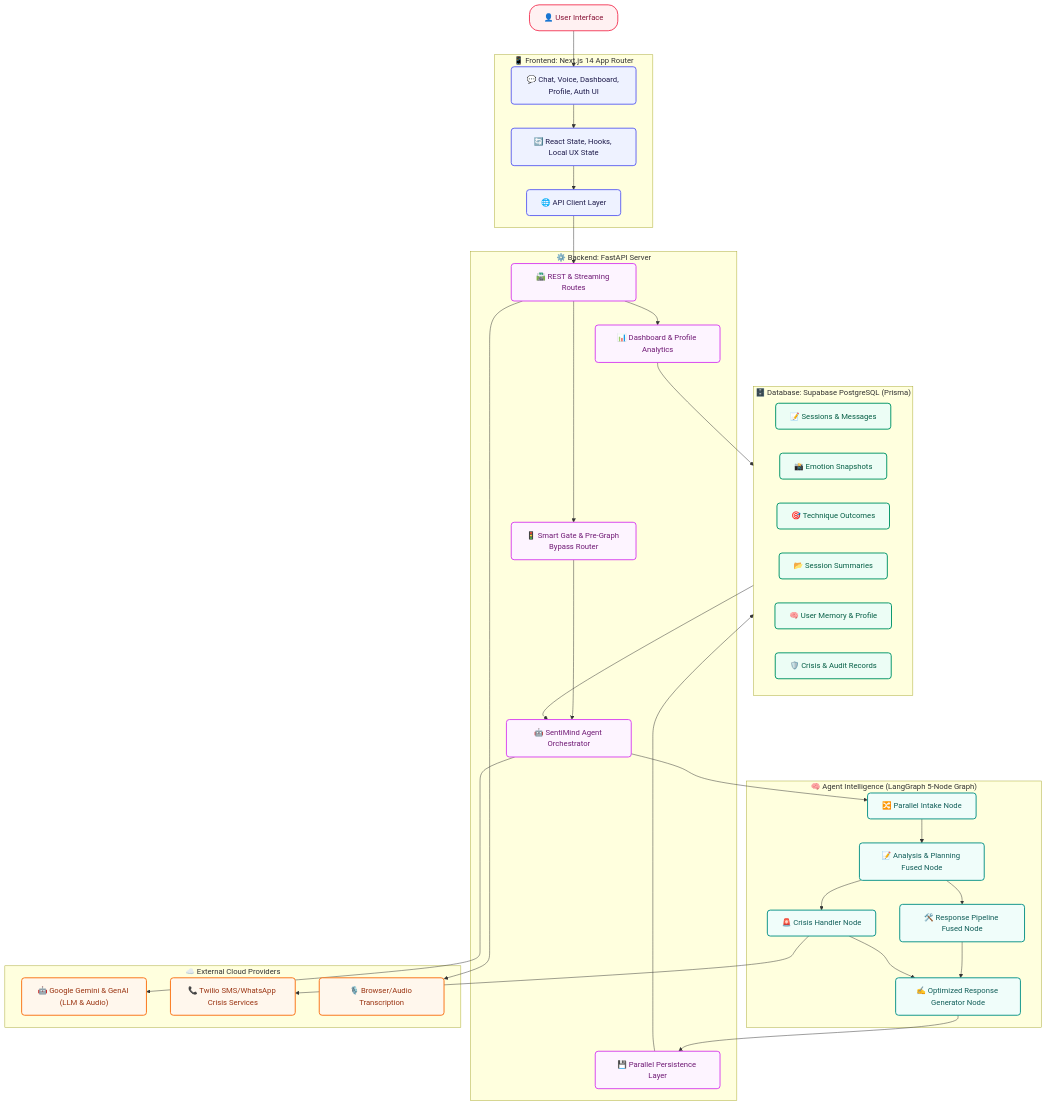
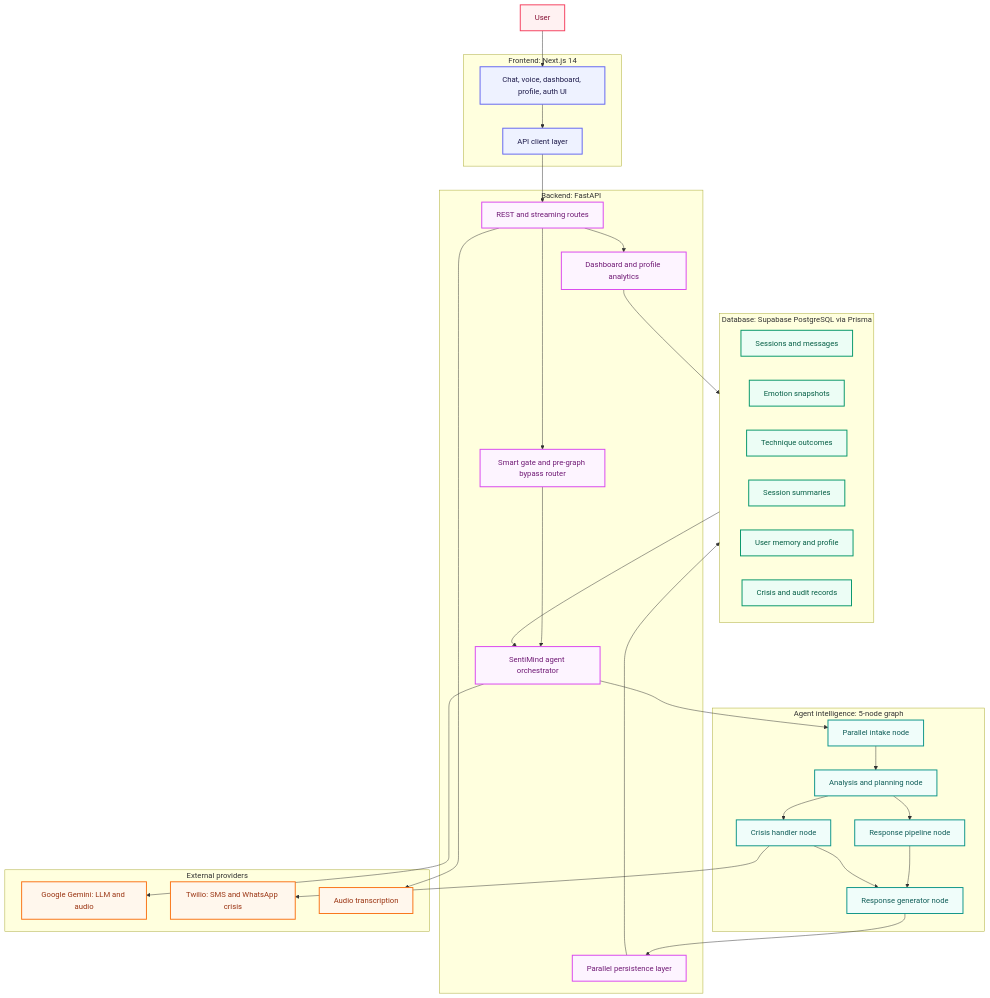
One commit to taha-mehmood-03/Personlaized-Trainer-Using-Agentic-AI changed the first of 20 diagrams in README.md. Above: the diagram before and after it, drawn with Mermaid. The commit also changed other lines of this file, not shown here.

````diff
--- a/README.md
+++ b/README.md
@@ -72,70 +113,61 @@
 ```mermaid
 flowchart TB
-    %% Class Definitions
-    classDef client fill:#EEF2FF,stroke:#6366F1,stroke-width:2px,color:#1E1B4B,rx:6px,ry:6px;
-    classDef backend fill:#FDF4FF,stroke:#D946EF,stroke-width:2px,color:#701A75,rx:6px,ry:6px;
-    classDef agent fill:#F0FDFA,stroke:#0D9488,stroke-width:2px,color:#115E59,rx:6px,ry:6px;
-    classDef data fill:#ECFDF5,stroke:#059669,stroke-width:2px,color:#065F46,rx:6px,ry:6px;
-    classDef providers fill:#FFF7ED,stroke:#F97316,stroke-width:2px,color:#9A3412,rx:6px,ry:6px;
-    classDef user fill:#FFF1F2,stroke:#F43F5E,stroke-width:2px,color:#881337,rx:20px,ry:20px;
+    classDef client fill:#EEF2FF,stroke:#6366F1,stroke-width:2px,color:#1E1B4B;
+    classDef backend fill:#FDF4FF,stroke:#D946EF,stroke-width:2px,color:#701A75;
+    classDef agent fill:#F0FDFA,stroke:#0D9488,stroke-width:2px,color:#115E59;
+    classDef data fill:#ECFDF5,stroke:#059669,stroke-width:2px,color:#065F46;
+    classDef providers fill:#FFF7ED,stroke:#F97316,stroke-width:2px,color:#9A3412;
+    classDef user fill:#FFF1F2,stroke:#F43F5E,stroke-width:2px,color:#881337;
 
-    User["👤 User Interface"]:::user
+    User["User"]:::user
 
-    subgraph Client["📱 Frontend: Next.js 14 App Router"]
-        UI["💬 Chat, Voice, Dashboard, Profile, Auth UI"]:::client
-        ClientState["🔄 React State, Hooks, Local UX State"]:::client
-        ApiClient["🌐 API Client Layer"]:::client
+    subgraph Client["Frontend: Next.js 14"]
+        UI["Chat, voice, dashboard, profile, auth UI"]:::client
+        ApiClient["API client layer"]:::client
     end
 
-    subgraph Backend["⚙️ Backend: FastAPI Server"]
-        Routes["🛣️ REST & Streaming Routes"]:::backend
-        SmartGate["🚦 Smart Gate & Pre-Graph Bypass Router"]:::backend
-        Agent["🤖 SentiMind Agent Orchestrator"]:::backend
-        Persist["💾 Parallel Persistence Layer"]:::backend
-        Analytics["📊 Dashboard & Profile Analytics"]:::backend
+    subgraph Backend["Backend: FastAPI"]
+        Routes["REST and streaming routes"]:::backend
+        SmartGate["Smart gate and pre-graph bypass router"]:::backend
+        Agent["SentiMind agent orchestrator"]:::backend
+        Persist["Parallel persistence layer"]:::backend
+        Analytics["Dashboard and profile analytics"]:::backend
     end
 
-    subgraph AgentCore["🧠 Agent Intelligence (LangGraph 5-Node Graph)"]
-        Intake["🔀 Parallel Intake Node"]:::agent
-        Planning["📝 Analysis & Planning Fused Node"]:::agent
-        Pipeline["🛠️ Response Pipeline Fused Node"]:::agent
-        Crisis["🚨 Crisis Handler Node"]:::agent
-        Response["✍️ Optimized Response Generator Node"]:::agent
+    subgraph AgentCore["Agent intelligence: 5-node graph"]
+        Intake["Parallel intake node"]:::agent
+        Planning["Analysis and planning node"]:::agent
+        Pipeline["Response pipeline node"]:::agent
+        Crisis["Crisis handler node"]:::agent
+        Response["Response generator node"]:::agent
     end
 
-    subgraph Data["🗄️ Database: Supabase PostgreSQL (Prisma)"]
-        Sessions["📝 Sessions & Messages"]:::data
-        Snapshots["📸 Emotion Snapshots"]:::data
-        Outcomes["🎯 Technique Outcomes"]:::data
-        Summaries["📂 Session Summaries"]:::data
-        Memory["🧠 User Memory & Profile"]:::data
-        Safety["🛡️ Crisis & Audit Records"]:::data
+    subgraph Data["Database: Supabase PostgreSQL via Prisma"]
+        Sessions["Sessions and messages"]:::data
+        Snapshots["Emotion snapshots"]:::data
+        Outcomes["Technique outcomes"]:::data
+        Summaries["Session summaries"]:::data
+        Memory["User memory and profile"]:::data
+        Safety["Crisis and audit records"]:::data
     end
 
-    subgraph Providers["☁️ External Cloud Providers"]
-        Gemini["🤖 Google Gemini & GenAI (LLM & Audio)"]:::providers
-        Twilio["📞 Twilio SMS/WhatsApp Crisis Services"]:::providers
-        Speech["🎙️ Browser/Audio Transcription"]:::providers
+    subgraph Providers["External providers"]
+        Gemini["Google Gemini: LLM and audio"]:::providers
+        Twilio["Twilio: SMS and WhatsApp crisis"]:::providers
+        Speech["Audio transcription"]:::providers
     end
 
-    User --> UI
-    UI --> ClientState
-    ClientState --> ApiClient
-    ApiClient --> Routes
-    Routes --> SmartGate
-    SmartGate --> Agent
-    Agent --> Intake
-    Intake --> Planning
+    User --> UI --> ApiClient --> Routes
+    Routes --> SmartGate --> Agent
+    Agent --> Intake --> Planning
     Planning --> Pipeline
     Planning --> Crisis
     Pipeline --> Response
     Crisis --> Response
-    Response --> Persist
-    Persist --> Data
-    Analytics --> Data
-    Routes --> Analytics
+    Response --> Persist --> Data
+    Data --> Agent
+    Routes --> Analytics --> Data
     Agent --> Gemini
     Routes --> Speech
     Crisis --> Twilio
-    Data --> Agent
 ```
````
